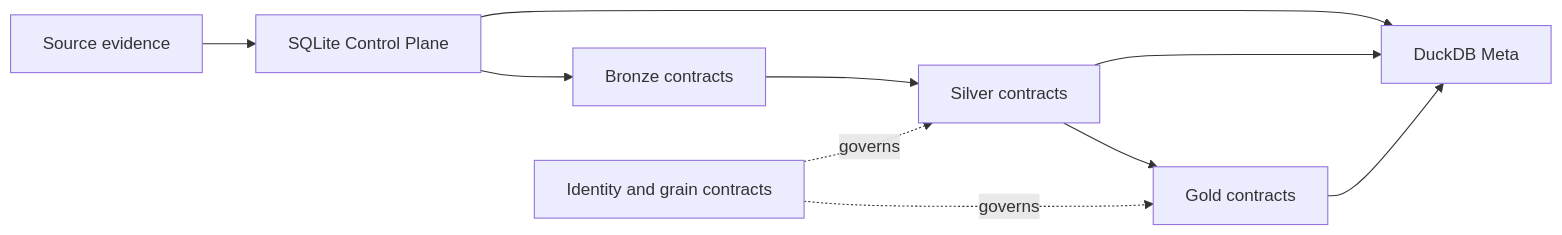
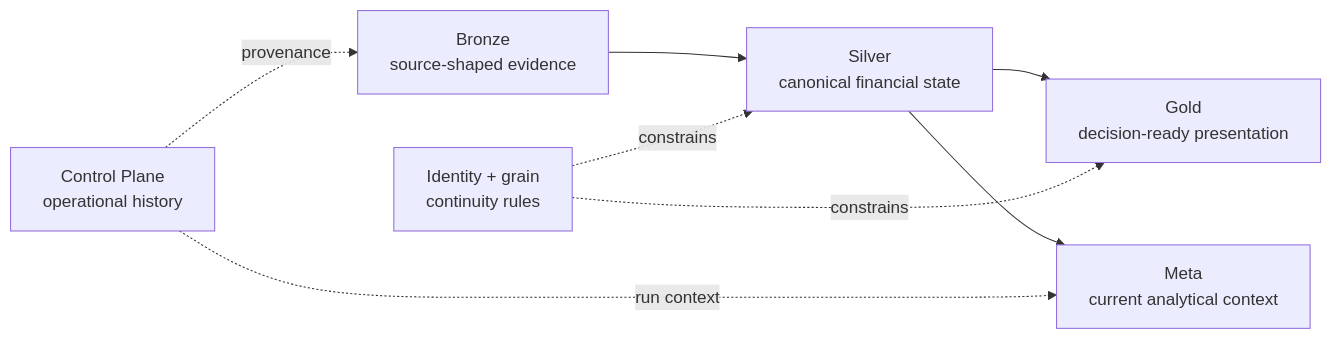
The diagram in docs/reference/README.md (tks18/personal-finance-etl), drawn with Mermaid before and after one commit. The commit also changed other lines of this file and 7 other files, not shown here.

````diff
--- a/docs/reference/README.md
+++ b/docs/reference/README.md
@@ -7,12 +13,16 @@
 ```mermaid
 flowchart LR
-    SRC[Source evidence] --> CP[SQLite Control Plane]
-    CP --> B[Bronze contracts]
-    B --> S[Silver contracts]
-    S --> G[Gold contracts]
-    CP --> M[DuckDB Meta]
-    S --> M
-    G --> M
-    ID[Identity and grain contracts] -. governs .-> S
-    ID -. governs .-> G
+    B["Bronze
+source-shaped evidence"] --> S["Silver
+canonical financial state"]
+    S --> G["Gold
+decision-ready presentation"]
+    S --> M["Meta
+current analytical context"]
+    CP["Control Plane
+operational history"] -. provenance .-> B
+    CP -. run context .-> M
+    I["Identity + grain
+continuity rules"] -. constrains .-> S
+    I -. constrains .-> G
 ```
````
